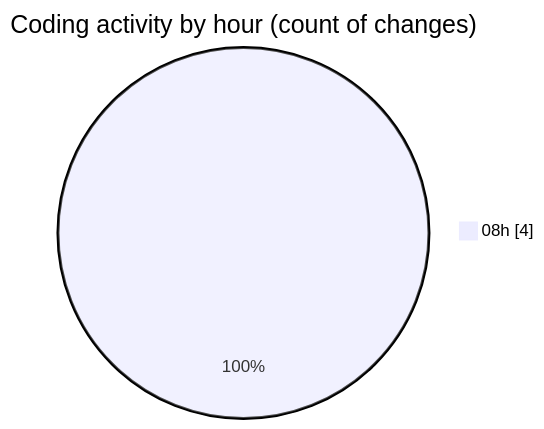
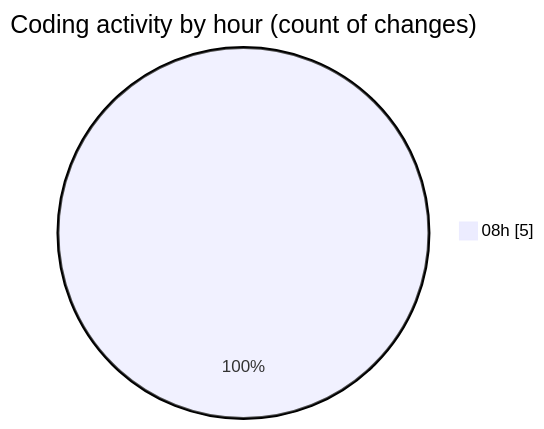
One commit to Unknowalive/code-tracking changed the second of 2 diagrams in 2026-04-09/pws2026/README.md. Above: the diagram before and after it, drawn with Mermaid. The commit also changed other lines of this file and 1 other file, not shown here.

````diff
--- a/2026-04-09/pws2026/README.md
+++ b/2026-04-09/pws2026/README.md
@@ -28,5 +28,5 @@
 ```mermaid
 pie showData
 title Coding activity by hour (count of changes)
-"08h" : 4
+"08h" : 5
 ```
````
